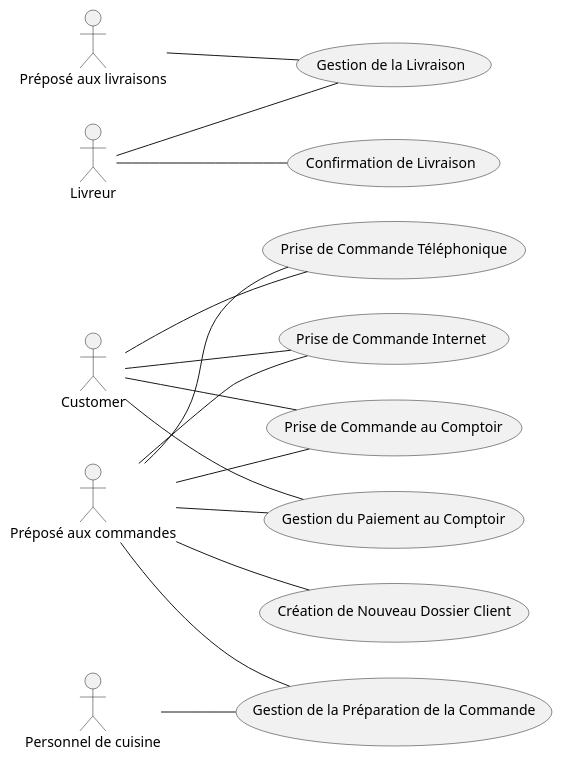
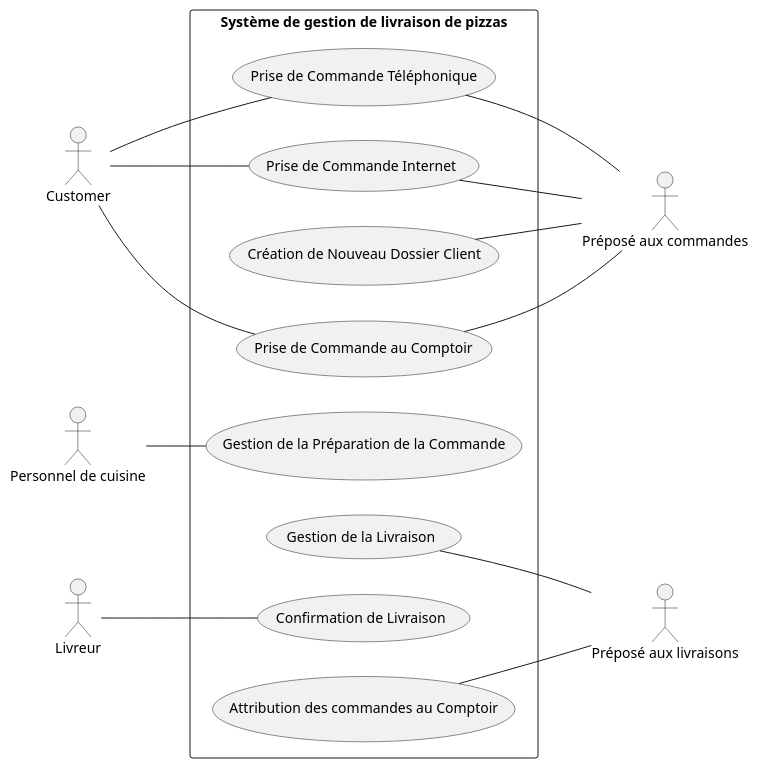
The diagram in UML.puml (brainchemist2005/Syst-me-de-gestion-de-livraison-de-pizzas), drawn with PlantUML before and after one commit. The commit also changed 1 other file, not shown here.

Commit message:
Correction du diagramme ( changement des cas d'utilisation ).

```diff
--- a/UML.puml
+++ b/UML.puml
@@ -1,41 +1,37 @@
 @startuml
+
 left to right direction
+skinparam packageStyle rectangle
 
 actor Client as "Customer"
-actor "Préposé aux commandes" as OrderClerk
+actor "Préposé aux commandes"  as OrderClerk
 actor "Personnel de cuisine" as KitchenStaff
 actor "Préposé aux livraisons" as DeliveryHandler
 actor Livreur as DeliveryDriver
-
+rectangle "Système de gestion de livraison de pizzas" {
 usecase "Prise de Commande Téléphonique" as UC1
 usecase "Prise de Commande Internet" as UC2
 usecase "Création de Nouveau Dossier Client" as UC3
 usecase "Prise de Commande au Comptoir" as UC4
 usecase "Gestion de la Préparation de la Commande" as UC5
 usecase "Gestion de la Livraison" as UC6
 usecase "Confirmation de Livraison" as UC7
-usecase "Gestion du Paiement au Comptoir" as UC8
+usecase "Attribution des commandes au Comptoir" as UC8
 
 Client -- UC1
 Client -- UC2
 Client -- UC4
-Client -- UC8
 
-OrderClerk -- UC1
-OrderClerk -- UC2
-OrderClerk -- UC3
-OrderClerk -- UC4
-OrderClerk -- UC8
-
-OrderClerk -- UC5
+(UC1) -- OrderClerk
+(UC2) -- OrderClerk
+(UC3) -- OrderClerk
+(UC4) -- OrderClerk
 
 KitchenStaff -- UC5
-
-
-DeliveryHandler -- UC6
-
 DeliveryDriver -- UC7
 
-DeliveryDriver -- UC6
+(UC6) --  DeliveryHandler
+(UC8) --  DeliveryHandler
+}
 
 @enduml
```
